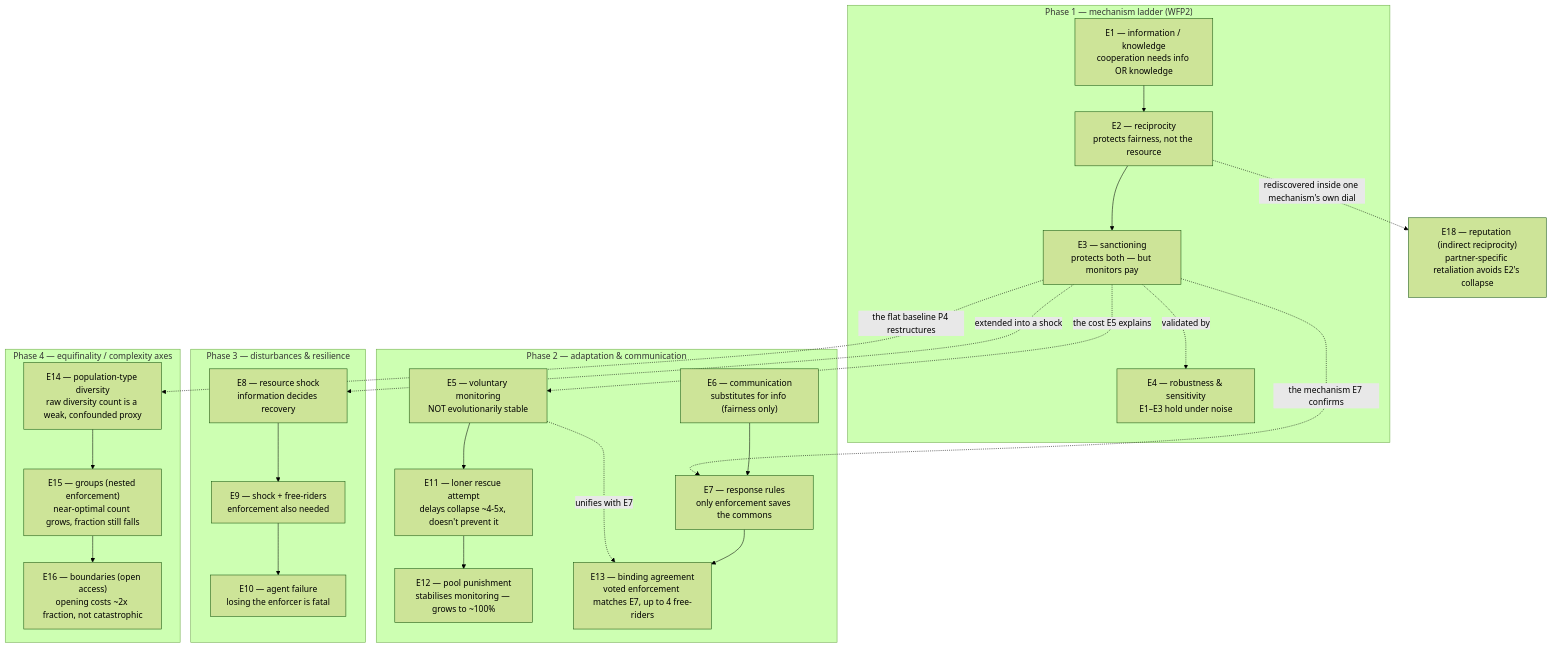
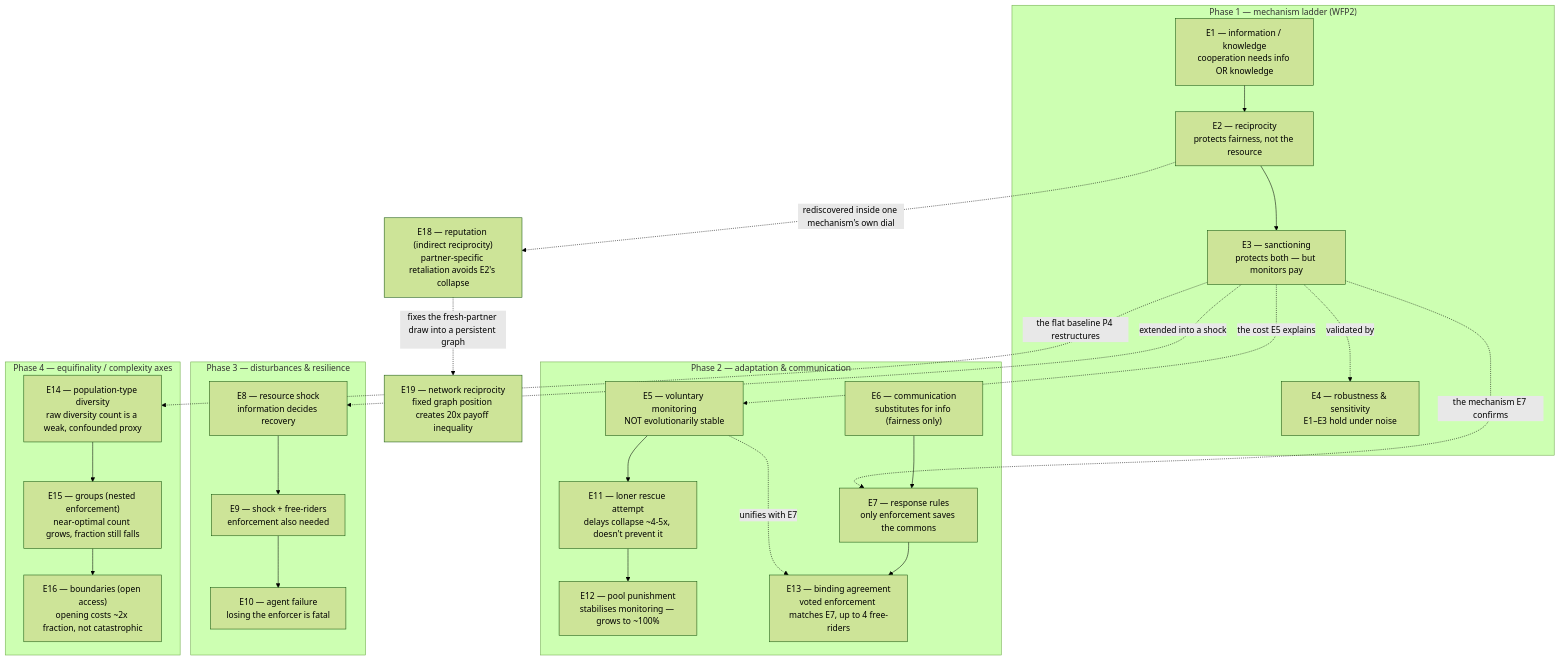
One commit to loonaarc/wfp2 changed the diagram in docs/findings-summary.md. Above: the diagram before and after it, drawn with Mermaid (forest theme). The commit also changed other lines of this file and 22 other files, not shown here.

First line of the commit message:
Add experiment E19 for network reciprocity with fixed graph positions

````diff
--- a/docs/findings-summary.md
+++ b/docs/findings-summary.md
@@ -81,45 +84,47 @@
 ```mermaid
 flowchart TD
     subgraph P1["Phase 1 — mechanism ladder (WFP2)"]
         E1["E1 — information / knowledge<br/>cooperation needs info OR knowledge"]
         E2["E2 — reciprocity<br/>protects fairness, not the resource"]
         E3["E3 — sanctioning<br/>protects both — but monitors pay"]
         E4["E4 — robustness & sensitivity<br/>E1–E3 hold under noise"]
         E1 --> E2 --> E3
         E3 -.validated by.-> E4
     end
 
     subgraph P2["Phase 2 — adaptation & communication"]
         E5["E5 — voluntary monitoring<br/>NOT evolutionarily stable"]
         E11["E11 — loner rescue attempt<br/>delays collapse ~4-5x, doesn't prevent it"]
         E12["E12 — pool punishment<br/>stabilises monitoring — grows to ~100%"]
         E6["E6 — communication<br/>substitutes for info (fairness only)"]
         E7["E7 — response rules<br/>only enforcement saves the commons"]
         E13["E13 — binding agreement<br/>voted enforcement matches E7, up to 4 free-riders"]
         E5 --> E11 --> E12
         E6 --> E7 --> E13
         E5 -.unifies with E7.-> E13
     end
 
     subgraph P3["Phase 3 — disturbances & resilience"]
         E8["E8 — resource shock<br/>information decides recovery"]
         E9["E9 — shock + free-riders<br/>enforcement also needed"]
         E10["E10 — agent failure<br/>losing the enforcer is fatal"]
         E8 --> E9 --> E10
     end
 
     subgraph P4["Phase 4 — equifinality / complexity axes"]
         E14["E14 — population-type diversity<br/>raw diversity count is a weak, confounded proxy"]
         E15["E15 — groups (nested enforcement)<br/>near-optimal count grows, fraction still falls"]
         E16["E16 — boundaries (open access)<br/>opening costs ~2x fraction, not catastrophic"]
         E14 --> E15 --> E16
     end
 
     E18["E18 — reputation (indirect reciprocity)<br/>partner-specific retaliation avoids E2's collapse"]
+    E19["E19 — network reciprocity<br/>fixed graph position creates 20x payoff inequality"]
 
     E3 -.the cost E5 explains.-> E5
     E3 -.the mechanism E7 confirms.-> E7
     E3 -.extended into a shock.-> E8
     E3 -.the flat baseline P4 restructures.-> E14
     E2 -.rediscovered inside one mechanism's own dial.-> E18
+    E18 -.fixes the fresh-partner draw into a persistent graph.-> E19
 ```
````
